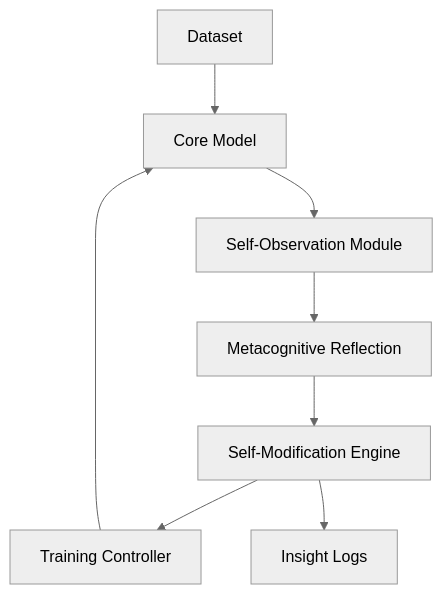
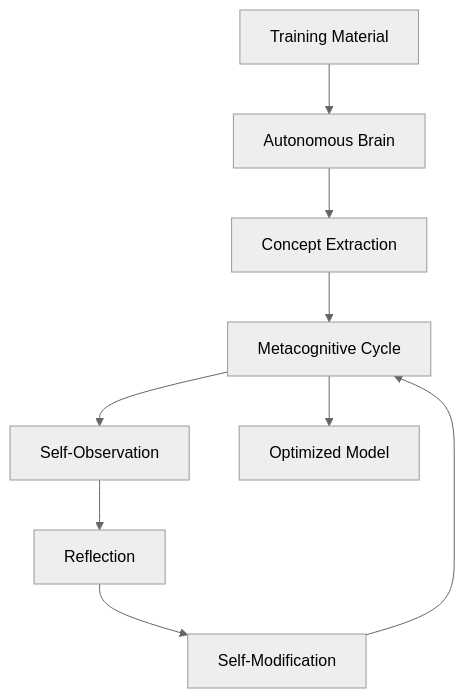
The diagram in README.md (janxhg/MetaReflexAI), drawn with Mermaid (neutral theme) before and after one commit. The commit also changed other lines of this file, not shown here.

````diff
--- a/README.md
+++ b/README.md
@@ -35,10 +30,11 @@
 ```mermaid
 flowchart TD
-    A[Dataset] --> B[Core Model]
-    B --> C[Self-Observation Module]
-    C --> D[Metacognitive Reflection]
-    D --> E[Self-Modification Engine]
-    E --> F[Training Controller]
-    F --> B
-    E --> G[Insight Logs]
+    A[Training Material] --> B[Autonomous Brain]
+    B --> C[Concept Extraction]
+    C --> D[Metacognitive Cycle]
+    D --> E[Self-Observation]
+    E --> F[Reflection]
+    F --> G[Self-Modification]
+    G --> D
+    D --> H[Optimized Model]
 ```
````
